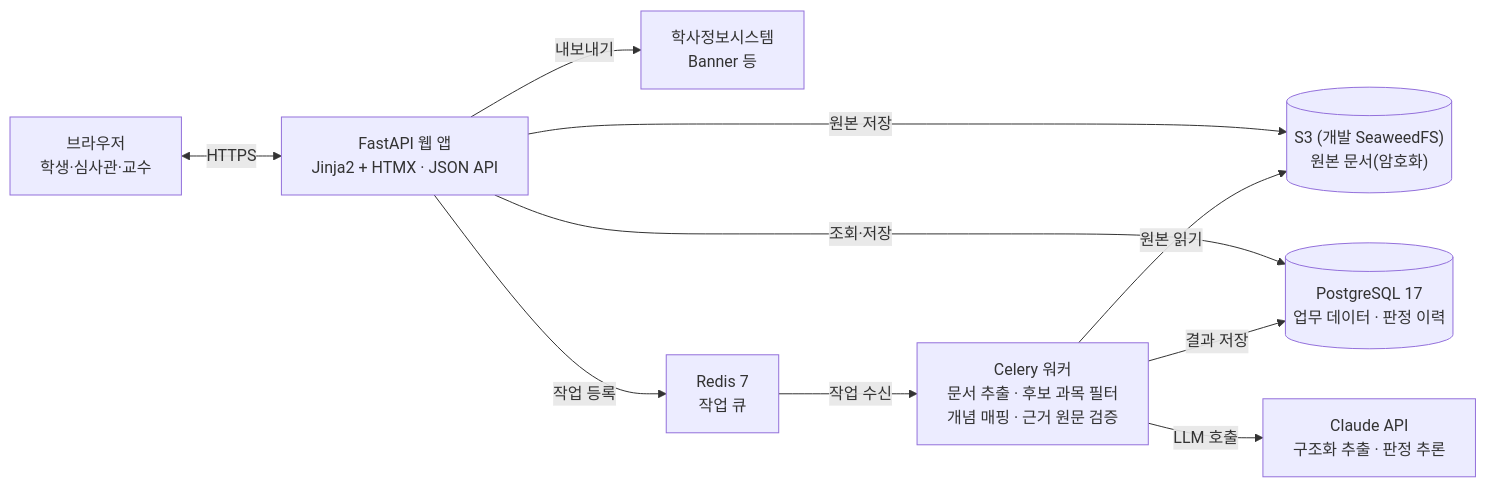
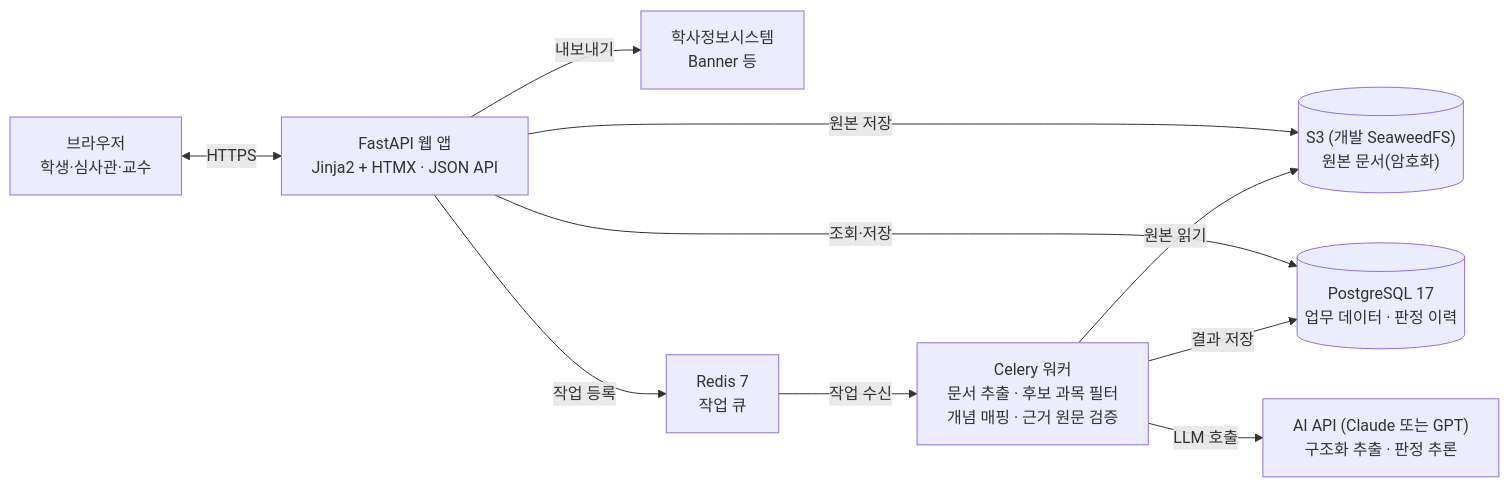
Before and after one commit to Hyeonwoo01/CreditBridge_AI: the diagram in docs/spec.md, drawn with Mermaid. The commit also changed other lines of this file and 7 other files, not shown here.

Commit message:
문서의 AI 설명을 Claude·GPT 공통으로 (배포 사이트는 GPT)

````diff
--- a/docs/spec.md
+++ b/docs/spec.md
@@ -429,12 +429,12 @@
 ```mermaid
 flowchart LR
   B["브라우저<br/>학생·심사관·교수"] <-->|HTTPS| W["FastAPI 웹 앱<br/>Jinja2 + HTMX · JSON API"]
   W -->|내보내기| SIS["학사정보시스템<br/>Banner 등"]
   W -->|원본 저장| S3[("S3 (개발 SeaweedFS)<br/>원본 문서(암호화)")]
   W -->|조회·저장| DB[("PostgreSQL 17<br/>업무 데이터 · 판정 이력")]
   W -->|작업 등록| R["Redis 7<br/>작업 큐"]
   R -->|작업 수신| C["Celery 워커<br/>문서 추출 · 후보 과목 필터<br/>개념 매핑 · 근거 원문 검증"]
   C -->|원본 읽기| S3
-  C -->|LLM 호출| AI["Claude API<br/>구조화 추출 · 판정 추론"]
+  C -->|LLM 호출| AI["AI API (Claude 또는 GPT)<br/>구조화 추출 · 판정 추론"]
   C -->|결과 저장| DB
 ```
````
